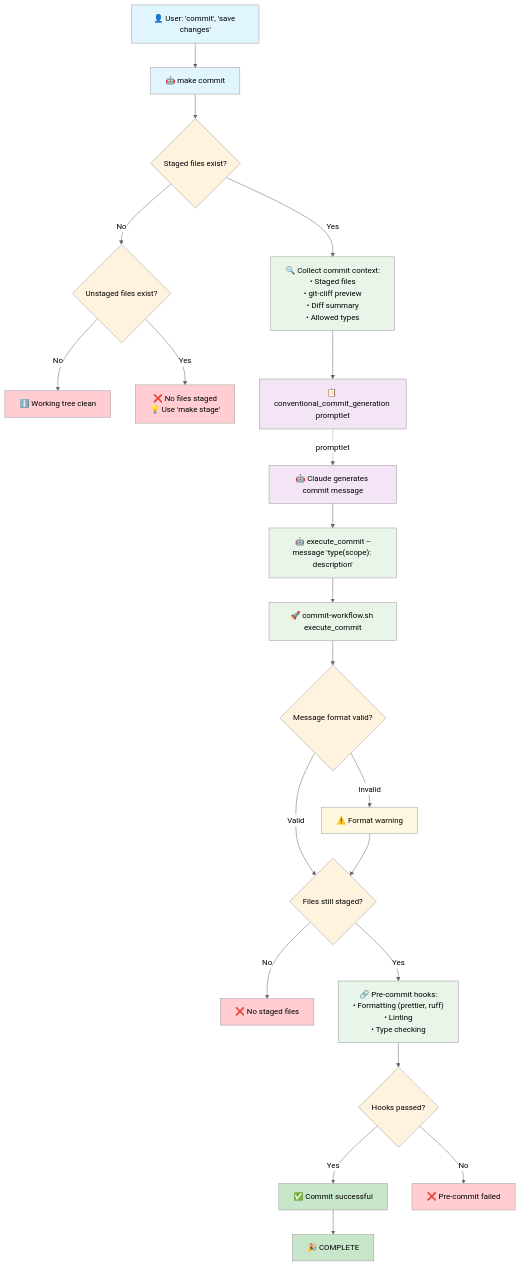
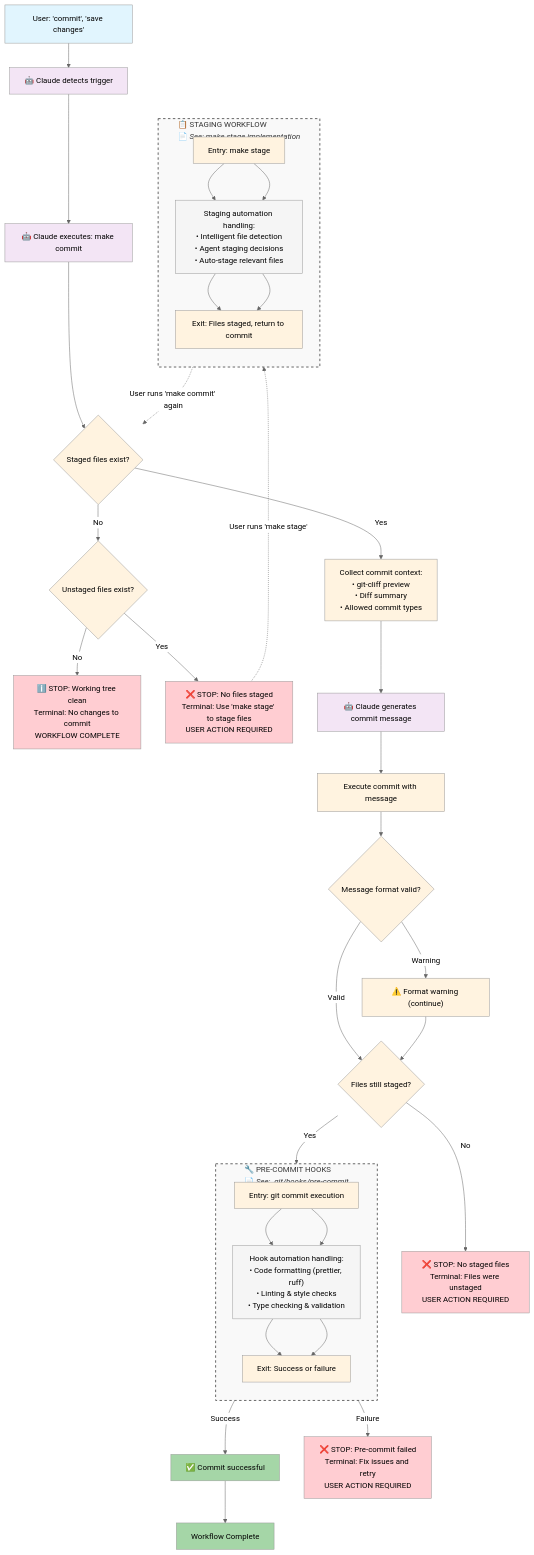
One commit to kschlt/online-tables-lite changed the diagram in scripts/agent/workflows/commit-workflow.mmd. Above: the diagram before and after it, drawn with Mermaid (neutral theme). The commit also changed 2 other files, not shown here.

Commit message:
docs(workflows): add to-be commit workflow with integrated staging

```diff
--- a/scripts/agent/workflows/commit-workflow.mmd
+++ b/scripts/agent/workflows/commit-workflow.mmd
@@ -1,83 +1,127 @@
-graph TD
+flowchart TD
     %% Entry Point
-    UserTrigger["👤 User: 'commit', 'save changes'"]
-    ClaudeExec["🤖 make commit"]
+    UserTrigger["User: 'commit', 'save changes'"]
+    ClaudeDetects["🤖 Claude detects trigger"]
+    ClaudeExec["🤖 Claude executes: make commit"]
 
     %% Makefile Validation
     CheckStaged{Staged files exist?}
     CheckUnstaged{Unstaged files exist?}
-    NoChanges["ℹ️ Working tree clean"]
-    NoStaged["❌ No files staged<br/>💡 Use 'make stage'"]
 
-    %% Context Collection & Promptlet
-    CollectContext["🔍 Collect commit context:<br/>• Staged files<br/>• git-cliff preview<br/>• Diff summary<br/>• Allowed types"]
-    GeneratePromptlet["📋 conventional_commit_generation promptlet"]
+    %% STOP CONDITIONS (Terminal Messages Only)
+    NoChanges["ℹ️ STOP: Working tree clean<br/>Terminal: No changes to commit<br/>WORKFLOW COMPLETE"]
+    NoStaged["❌ STOP: No files staged<br/>Terminal: Use 'make stage' to stage files<br/>USER ACTION REQUIRED"]
 
-    %% Claude Processing
-    ClaudeProcesses["🤖 Claude generates commit message"]
-    ClaudeExecutes["🤖 execute_commit --message 'type(scope): description'"]
+    %% STAGING WORKFLOW (Black Box)
+    subgraph StagingBox ["📋 STAGING WORKFLOW<br/>📄 <i>See: make stage implementation</i>"]
+        direction TB
+        StageEntry["Entry: make stage"]
+        StageBlackBox["Staging automation handling:<br/>• Intelligent file detection<br/>• Agent staging decisions<br/>• Auto-stage relevant files"]
+        StageExit["Exit: Files staged, return to commit"]
+        StageEntry --> StageBlackBox
+        StageBlackBox --> StageExit
+    end
 
-    %% Commit Execution
-    ExecuteCommit["🚀 commit-workflow.sh execute_commit"]
+    %% Message Generation (Makefile)
+    CollectContext["Collect commit context:<br/>• git-cliff preview<br/>• Diff summary<br/>• Allowed commit types"]
+    ClaudeGenerates["🤖 Claude generates commit message"]
+
+    %% Commit Execution & Validation
+    ExecuteCommit["Execute commit with message"]
     ValidateFormat{Message format valid?}
-    FormatWarning["⚠️ Format warning"]
+    FormatWarning["⚠️ Format warning (continue)"]
     CheckStagedAgain{Files still staged?}
-    CommitFailed["❌ No staged files"]
+    CommitFailed["❌ STOP: No staged files<br/>Terminal: Files were unstaged<br/>USER ACTION REQUIRED"]
 
-    %% Pre-commit Hook
-    PreCommitHook["🔗 Pre-commit hooks:<br/>• Formatting (prettier, ruff)<br/>• Linting<br/>• Type checking"]
-    HookSuccess{Hooks passed?}
+    %% PRE-COMMIT HOOKS (Black Box)
+    subgraph PreCommitBox ["🔧 PRE-COMMIT HOOKS<br/>📄 <i>See: .git/hooks/pre-commit</i>"]
+        direction TB
+        HookEntry["Entry: git commit execution"]
+        HookBlackBox["Hook automation handling:<br/>• Code formatting (prettier, ruff)<br/>• Linting & style checks<br/>• Type checking & validation"]
+        HookExit["Exit: Success or failure"]
+        HookEntry --> HookBlackBox
+        HookBlackBox --> HookExit
+    end
 
-    %% Outcomes
+    %% Final Outcomes
     CommitSuccess["✅ Commit successful"]
-    HookFailed["❌ Pre-commit failed"]
-    WorkflowComplete["🎉 COMPLETE"]
+    HookFailed["❌ STOP: Pre-commit failed<br/>Terminal: Fix issues and retry<br/>USER ACTION REQUIRED"]
+    WorkflowComplete["Workflow Complete"]
 
     %% Flow Connections
-    UserTrigger --> ClaudeExec
+    UserTrigger --> ClaudeDetects
+    ClaudeDetects --> ClaudeExec
     ClaudeExec --> CheckStaged
 
     %% Staging Validation
     CheckStaged -->|No| CheckUnstaged
     CheckStaged -->|Yes| CollectContext
     CheckUnstaged -->|No| NoChanges
     CheckUnstaged -->|Yes| NoStaged
 
-    %% Message Generation
-    CollectContext --> GeneratePromptlet
-    GeneratePromptlet -.->|promptlet| ClaudeProcesses
-    ClaudeProcesses --> ClaudeExecutes
-    ClaudeExecutes --> ExecuteCommit
+    %% User goes to staging workflow (manual step)
+    NoStaged -.->|"User runs 'make stage'"| StagingBox
+    StageExit -.->|"User runs 'make commit' again"| CheckStaged
 
-    %% Commit Execution
+    %% Message Generation (happens in Makefile)
+    CollectContext --> ClaudeGenerates
+    ClaudeGenerates --> ExecuteCommit
+
+    %% Commit Execution & Validation (happens in execute_commit)
     ExecuteCommit --> ValidateFormat
-    ValidateFormat -->|Invalid| FormatWarning
+    ValidateFormat -->|Warning| FormatWarning
     ValidateFormat -->|Valid| CheckStagedAgain
     FormatWarning --> CheckStagedAgain
     CheckStagedAgain -->|No| CommitFailed
-    CheckStagedAgain -->|Yes| PreCommitHook
+    CheckStagedAgain -->|Yes| PreCommitBox
 
-    %% Pre-commit Flow
-    PreCommitHook --> HookSuccess
-    HookSuccess -->|Yes| CommitSuccess
-    HookSuccess -->|No| HookFailed
+    %% Pre-commit Hook Flow
+    HookExit -->|Success| CommitSuccess
+    HookExit -->|Failure| HookFailed
 
     %% Completion
     CommitSuccess --> WorkflowComplete
 
-    %% Styling
-    classDef entryPoint fill:#e1f5fe
-    classDef processStep fill:#e8f5e8
-    classDef decisionNode fill:#fff3e0
-    classDef errorNode fill:#ffcdd2
-    classDef successNode fill:#c8e6c9
-    classDef warningNode fill:#fff8e1
-    classDef claudeAction fill:#f3e5f5
+    %% Entry/Exit for Pre-commit Hooks
+    HookEntry --> HookBlackBox
+    HookBlackBox --> HookExit
 
-    class UserTrigger,ClaudeExec entryPoint
-    class CollectContext,ExecuteCommit,PreCommitHook,ClaudeExecutes processStep
-    class CheckStaged,CheckUnstaged,ValidateFormat,CheckStagedAgain,HookSuccess decisionNode
-    class NoChanges,NoStaged,CommitFailed,HookFailed errorNode
-    class CommitSuccess,WorkflowComplete successNode
-    class FormatWarning warningNode
-    class GeneratePromptlet,ClaudeProcesses claudeAction
+    %% Entry/Exit for Staging and Pre-commit
+    StageEntry --> StageBlackBox
+    StageBlackBox --> StageExit
+
+    %% Styling - Consistent with PR Workflow
+    UserTrigger@{ shape: rect}
+    StageEntry:::automationStep
+    StageBlackBox:::blackBoxStep
+    StageExit:::automationStep
+    HookEntry:::automationStep
+    HookBlackBox:::blackBoxStep
+    HookExit:::automationStep
+    UserTrigger:::userLayer
+    ClaudeDetects:::agentLayer
+    ClaudeExec:::agentLayer
+    CheckStaged:::automationStep
+    CheckUnstaged:::automationStep
+    NoChanges:::stopNode
+    NoStaged:::stopNode
+    StagingBox:::subgraphStyle
+    CollectContext:::automationStep
+    ClaudeGenerates:::agentLayer
+    ExecuteCommit:::automationStep
+    ValidateFormat:::automationStep
+    FormatWarning:::automationStep
+    CheckStagedAgain:::automationStep
+    CommitFailed:::stopNode
+    PreCommitBox:::subgraphStyle
+    CommitSuccess:::successNode
+    HookFailed:::stopNode
+    WorkflowComplete:::successNode
+
+    classDef userLayer fill:#e1f5fe
+    classDef agentLayer fill:#f3e5f5
+    classDef automationStep fill:#fff3e0
+    classDef stopNode fill:#ffcdd2
+    classDef blackBoxStep fill:#f5f5f5
+    classDef successNode fill:#a5d6a7
+    classDef subgraphStyle fill:#f9f9f9,stroke:#666,stroke-width:2px,stroke-dasharray: 5 5
```
